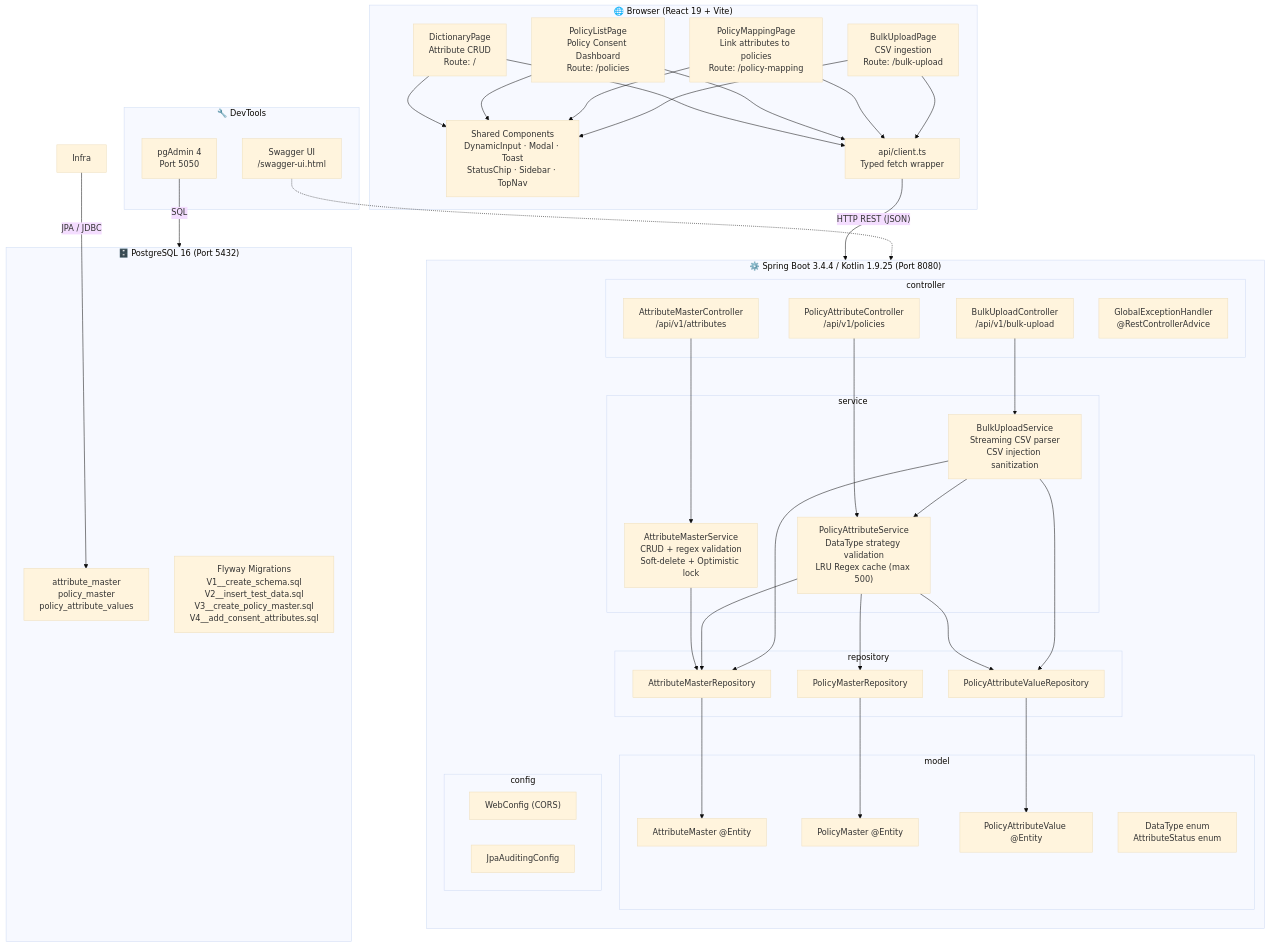
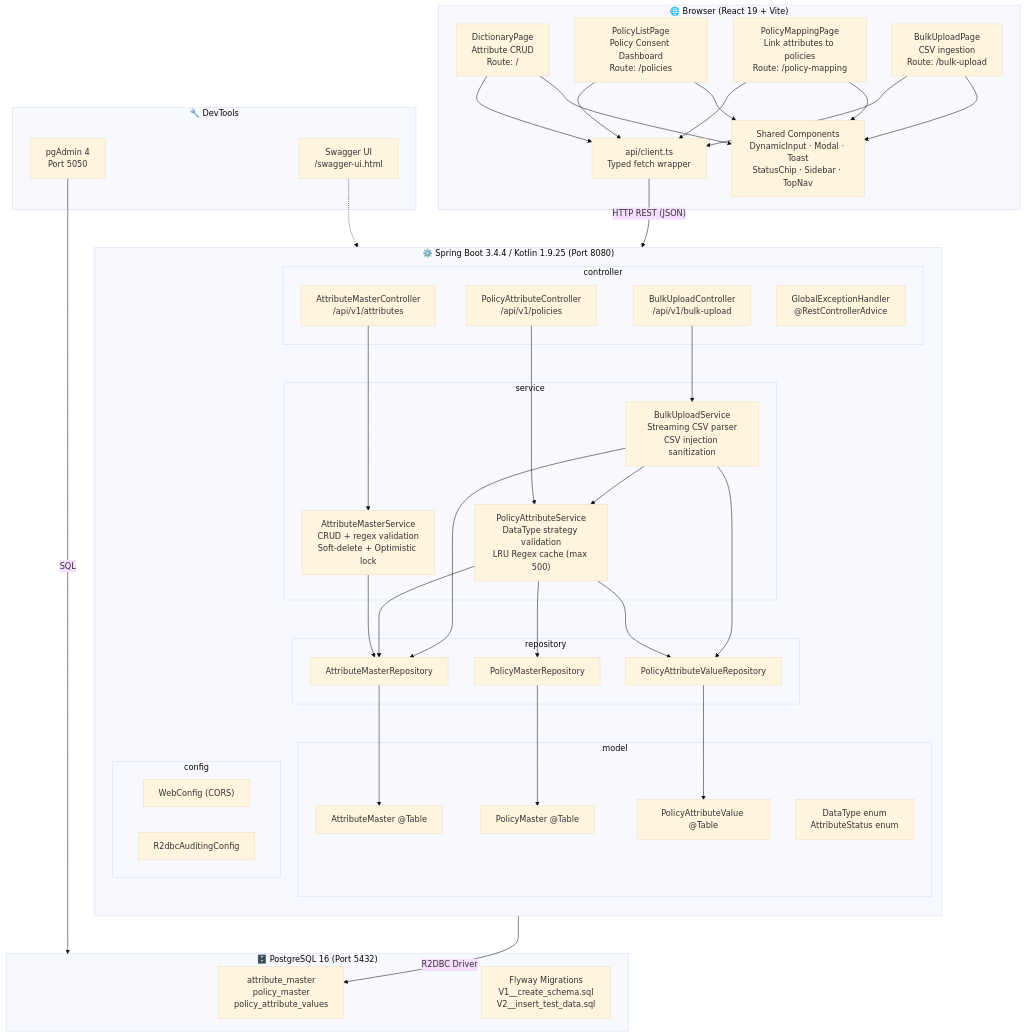
The second of 2 diagrams in README.md (Kullapan/policy-attibute), drawn with Mermaid (base theme) before and after one commit. The commit also changed other lines of this file and 44 other files, not shown here.

````diff
--- a/README.md
+++ b/README.md
@@ -209,15 +210,15 @@
         end
 
         subgraph Models["model"]
-            AmEntity["AttributeMaster @Entity"]
-            PmEntity["PolicyMaster @Entity"]
-            PavEntity["PolicyAttributeValue @Entity"]
+            AmEntity["AttributeMaster @Table"]
+            PmEntity["PolicyMaster @Table"]
+            PavEntity["PolicyAttributeValue @Table"]
             Enums["DataType enum<br/>AttributeStatus enum"]
         end
 
         subgraph Cfg["config"]
             WebCfg["WebConfig (CORS)"]
-            AuditCfg["JpaAuditingConfig"]
+            AuditCfg["R2dbcAuditingConfig"]
         end
 
         AttrCtrl --> AttrSvc
@@ -239,7 +240,7 @@
 
     subgraph DB["🗄️ PostgreSQL 16 (Port 5432)"]
         Tables["attribute_master<br/>policy_master<br/>policy_attribute_values"]
-        Flyway["Flyway Migrations<br/>V1__create_schema.sql<br/>V2__insert_test_data.sql<br/>V3__create_policy_master.sql<br/>V4__add_consent_attributes.sql"]
+        Flyway["Flyway Migrations<br/>V1__create_schema.sql<br/>V2__insert_test_data.sql"]
     end
 
     subgraph Tools["🔧 DevTools"]
@@ -248,7 +249,7 @@
     end
 
     ApiClient -- "HTTP REST (JSON)" --> REST
-    Infra -- "JPA / JDBC" --> Tables
+    Backend -- "R2DBC Driver" --> Tables
     PgAdmin -- "SQL" --> DB
     Swagger -.-> REST
 ```
````
